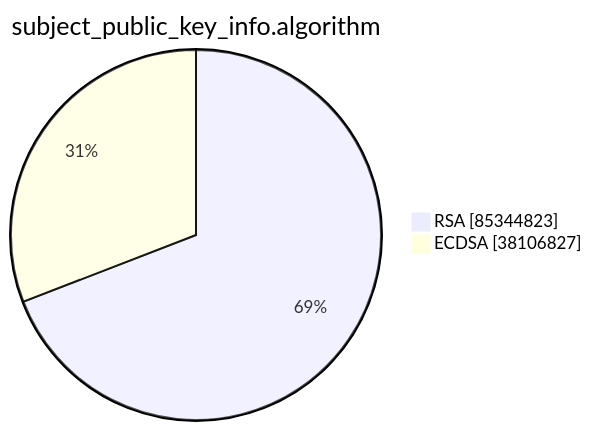
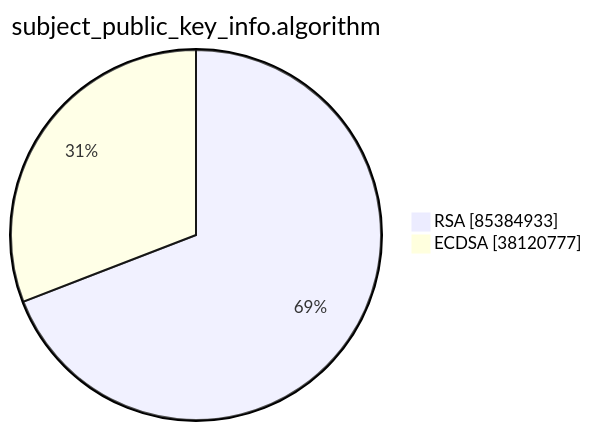
Before and after one commit to christiankrug/ctmonitor_visualization: the second of 15 diagrams in xenon2023/README.md, drawn with Mermaid. The commit also changed other lines of this file, not shown here.

````diff
--- a/xenon2023/README.md
+++ b/xenon2023/README.md
@@ -6,6 +6,6 @@
 ```mermaid
 pie showData
 title subject_public_key_info.algorithm
-"RSA" :85344823
-"ECDSA" :38106827
+"RSA" :85384933
+"ECDSA" :38120777
 ```
````
